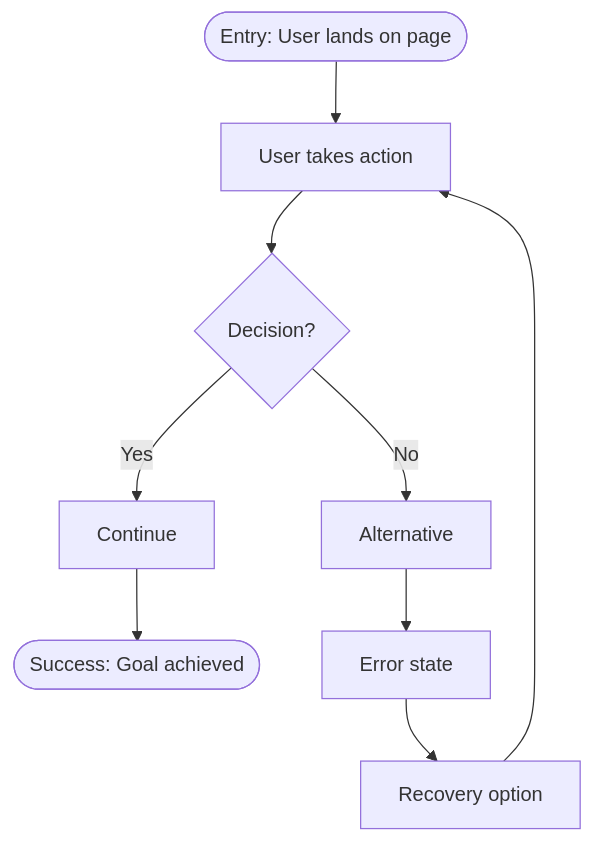
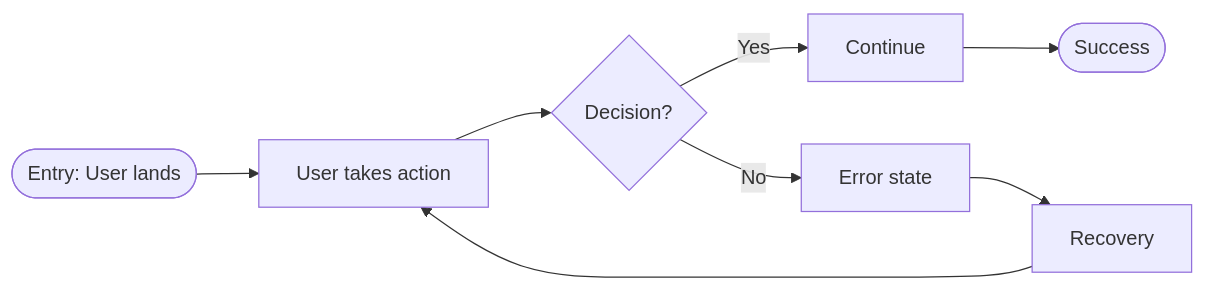
One commit to ash4180/vorbit changed the diagram in skills/journey/SKILL.md. Above: the diagram before and after it, drawn with Mermaid. The commit also changed other lines of this file and 1 other file, not shown here.

Commit message:
feat: Switch user journey diagram generation from Excalidraw to FigJam, updating tools and Mermaid syntax requirements.

````diff
--- a/skills/journey/SKILL.md
+++ b/skills/journey/SKILL.md
@@ -66,11 +44,10 @@
 ```mermaid
-flowchart TD
-    A([Entry: User lands on page]) --> B[User takes action]
-    B --> C{Decision?}
-    C -->|Yes| D[Continue]
-    C -->|No| E[Alternative]
-    D --> F([Success: Goal achieved])
-    E --> G[Error state]
-    G --> H[Recovery option]
-    H --> B
+flowchart LR
+    A(["Entry: User lands"]) --> B["User takes action"]
+    B --> C{"Decision?"}
+    C -->|"Yes"| D["Continue"]
+    C -->|"No"| E["Error state"]
+    E --> F["Recovery"]
+    F --> B
+    D --> G(["Success"])
 ```
````
